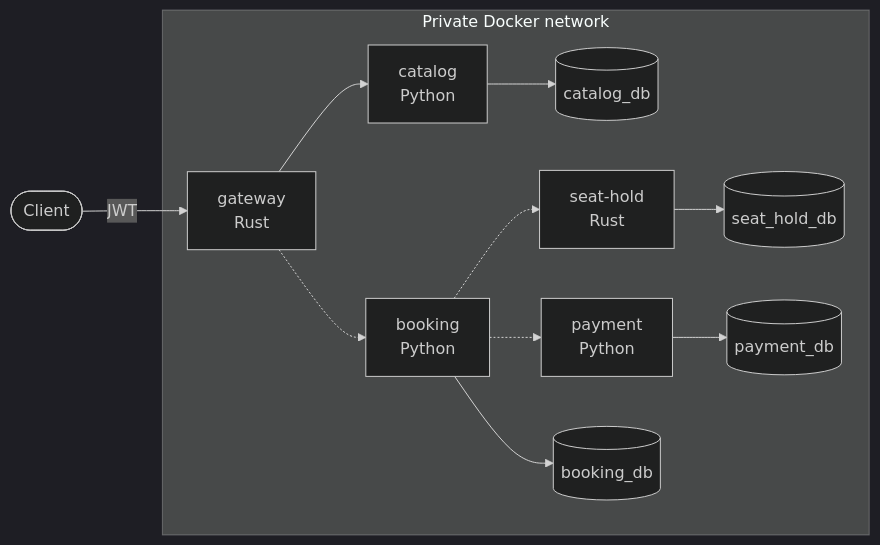
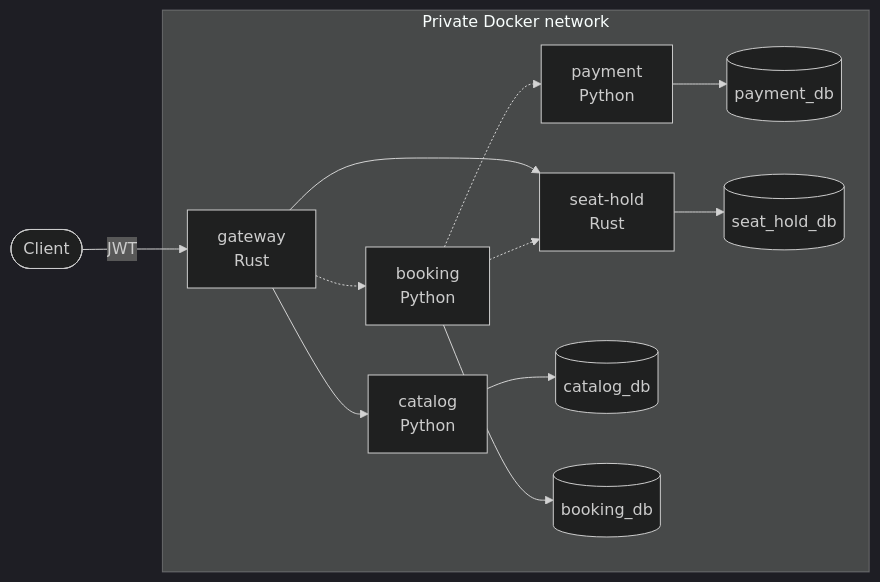
Before and after one commit to bzadorozhnyi/ticketing: the diagram in README.md, drawn with Mermaid (dark theme). The commit also changed other lines of this file and 12 other files, not shown here.

Commit message:
TIK-22 Added seat-hold route to gateway (#7)

````diff
--- a/README.md
+++ b/README.md
@@ -13,16 +13,17 @@
 ```mermaid
 flowchart LR
     client([Client]) -->|JWT| gateway
 
     subgraph network[Private Docker network]
         gateway[gateway<br/>Rust] --> catalog[catalog<br/>Python]
         gateway -.-> booking[booking<br/>Python]
-        booking -.-> seathold[seat-hold<br/>Rust]
+        gateway --> seathold[seat-hold<br/>Rust]
+        booking -.-> seathold
         booking -.-> payment[payment<br/>Python]
 
         catalog --> catalogdb[(catalog_db)]
         booking --> bookingdb[(booking_db)]
         payment --> paymentdb[(payment_db)]
         seathold --> seatholddb[(seat_hold_db)]
     end
 ```
````
